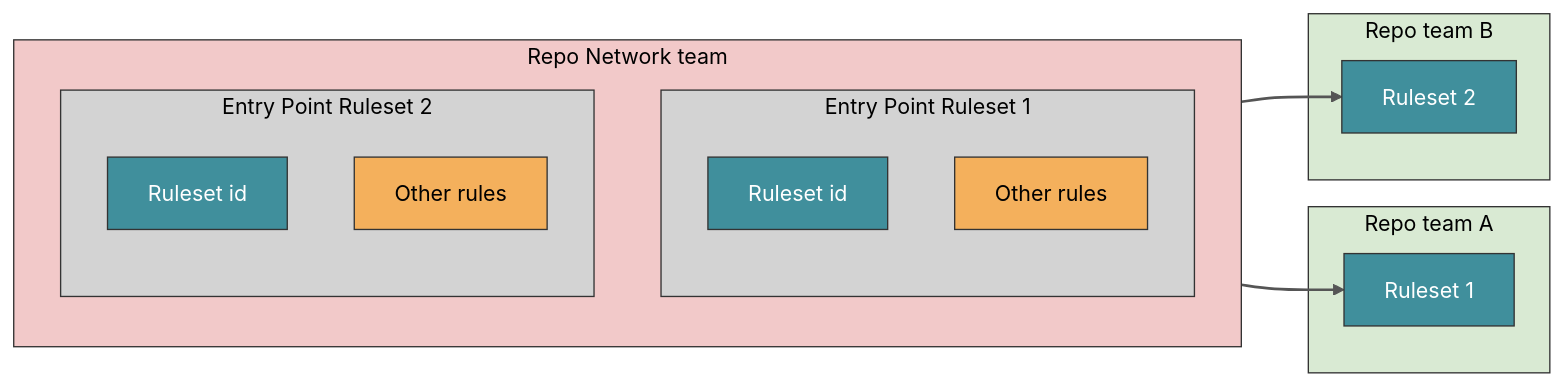
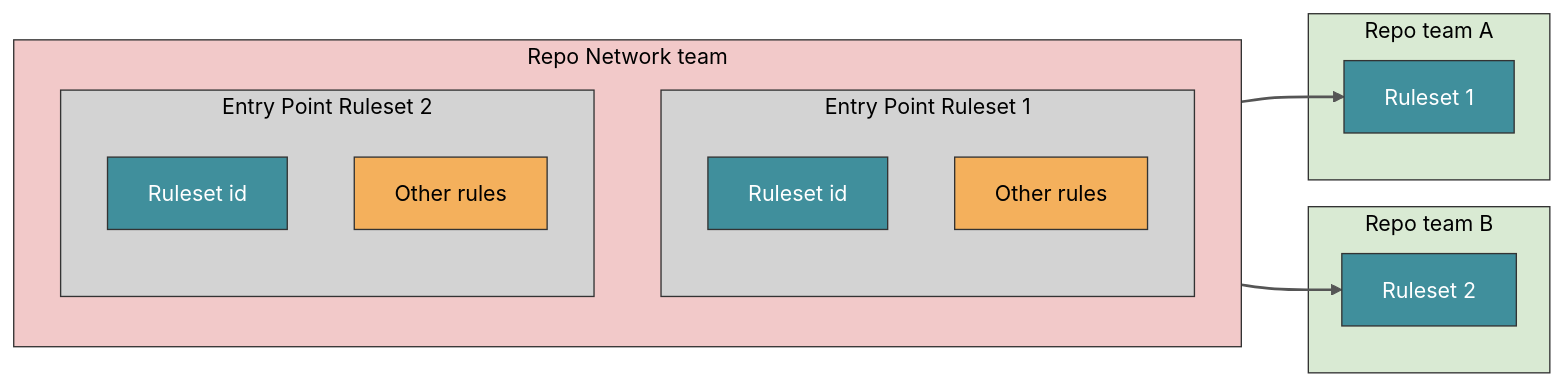
The diagram in remote-state/README.md (aymeric-dispa/cloudflare-terraform-examples), drawn with Mermaid before and after one commit.

Commit message:
Reorganize subgraph for Repo team A in README

````diff
--- a/remote-state/README.md
+++ b/remote-state/README.md
@@ -7,43 +7,42 @@
 ```mermaid
 graph LR
     subgraph RNT ["Repo Network team"]
         direction TB
         subgraph EP1 ["Entry Point Ruleset 1"]
             direction TB
             R_ID1["Ruleset id"]:::tealNode
             OR1["Other rules"]:::orangeNode
         end
         subgraph EP2 ["Entry Point Ruleset 2"]
             direction TB
             R_ID2["Ruleset id"]:::tealNode
             OR2["Other rules"]:::orangeNode
         end
     end
 
-    subgraph RTA ["Repo team A"]
-        R1["Ruleset 1"]:::tealNode
-    end
-
     subgraph RTB ["Repo team B"]
         R2["Ruleset 2"]:::tealNode
+    end
+        subgraph RTA ["Repo team A"]
+        R1["Ruleset 1"]:::tealNode
     end
 
     %% Define links
     R_ID1 --> R1
     R_ID2 --> R2
 
     %% Change color and width of the arrows using linkStyle by index
     linkStyle 0 stroke:#555555,stroke-width:2px;
     linkStyle 1 stroke:#555555,stroke-width:2px;
 
     %% Define node colors
     classDef tealNode fill:#408F9C,stroke:#333,stroke-width:1px,color:white;
     classDef orangeNode fill:#F4B05C,stroke:#333,stroke-width:1px,color:black;
     
     %% Define subgraph colors
     style RNT fill:#F2C9C9,stroke:#333,stroke-width:1px,color:black;
     style EP1 fill:#D3D3D3,stroke:#333,stroke-width:1px,color:black;
     style EP2 fill:#D3D3D3,stroke:#333,stroke-width:1px,color:black;
     style RTA fill:#D9EAD3,stroke:#333,stroke-width:1px,color:black;
     style RTB fill:#D9EAD3,stroke:#333,stroke-width:1px,color:black;
 ```
````
